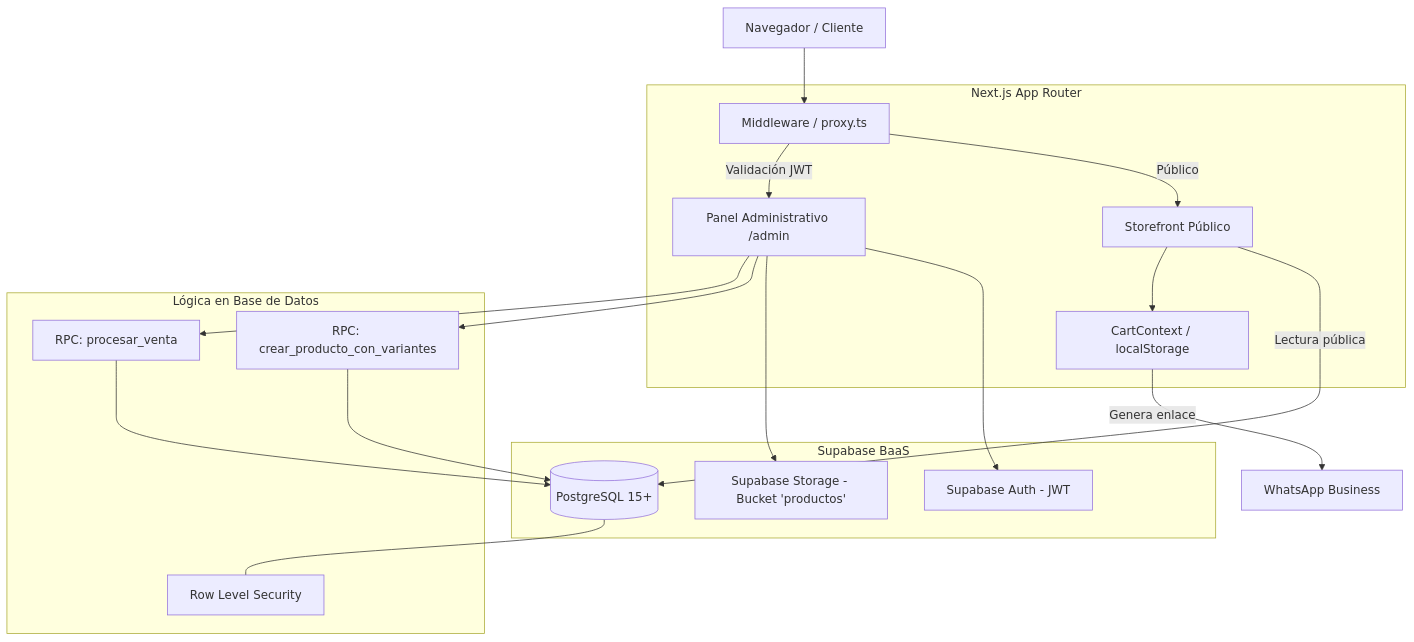
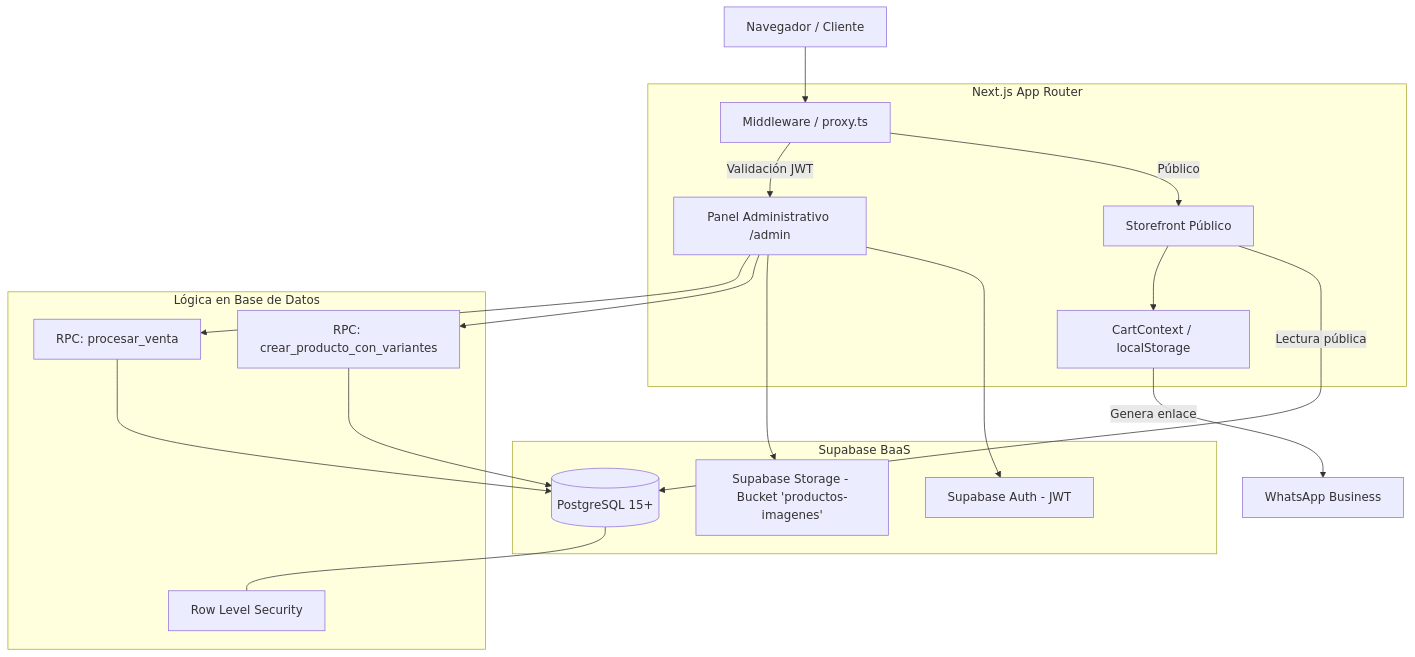
One commit to apugliano-git/WEEKSPORT-ecommerce changed the diagram in ARCHITECTURE.md. Above: the diagram before and after it, drawn with Mermaid. The commit also changed other lines of this file and 3 other files, not shown here.

````diff
--- a/ARCHITECTURE.md
+++ b/ARCHITECTURE.md
@@ -14,40 +14,40 @@
 ```mermaid
 graph TD
     Client[Navegador / Cliente]
     
     subgraph FrontendApp [Next.js App Router]
         Proxy[Middleware / proxy.ts]
         Storefront[Storefront Público]
         AdminApp[Panel Administrativo /admin]
         CartState[CartContext / localStorage]
     end
 
     subgraph BackendServices [Supabase BaaS]
         AuthService[Supabase Auth - JWT]
-        StorageBucket[Supabase Storage - Bucket 'productos']
+        StorageBucket[Supabase Storage - Bucket 'productos-imagenes']
         PostgresDB[(PostgreSQL 15+)]
     end
 
     subgraph DatabaseLayer [Lógica en Base de Datos]
         RLS[Row Level Security]
         RPC_Venta[RPC: procesar_venta]
         RPC_Prod[RPC: crear_producto_con_variantes]
     end
 
     Client --> Proxy
     Proxy -->|Público| Storefront
     Proxy -->|Validación JWT| AdminApp
     
     Storefront -->|Lectura pública| PostgresDB
     Storefront --> CartState
     CartState -->|Genera enlace| WhatsAppAPI[WhatsApp Business]
 
     AdminApp --> AuthService
     AdminApp --> StorageBucket
     AdminApp --> RPC_Prod
     AdminApp --> RPC_Venta
 
     RPC_Prod --> PostgresDB
     RPC_Venta --> PostgresDB
     PostgresDB --- RLS
 ```
````
